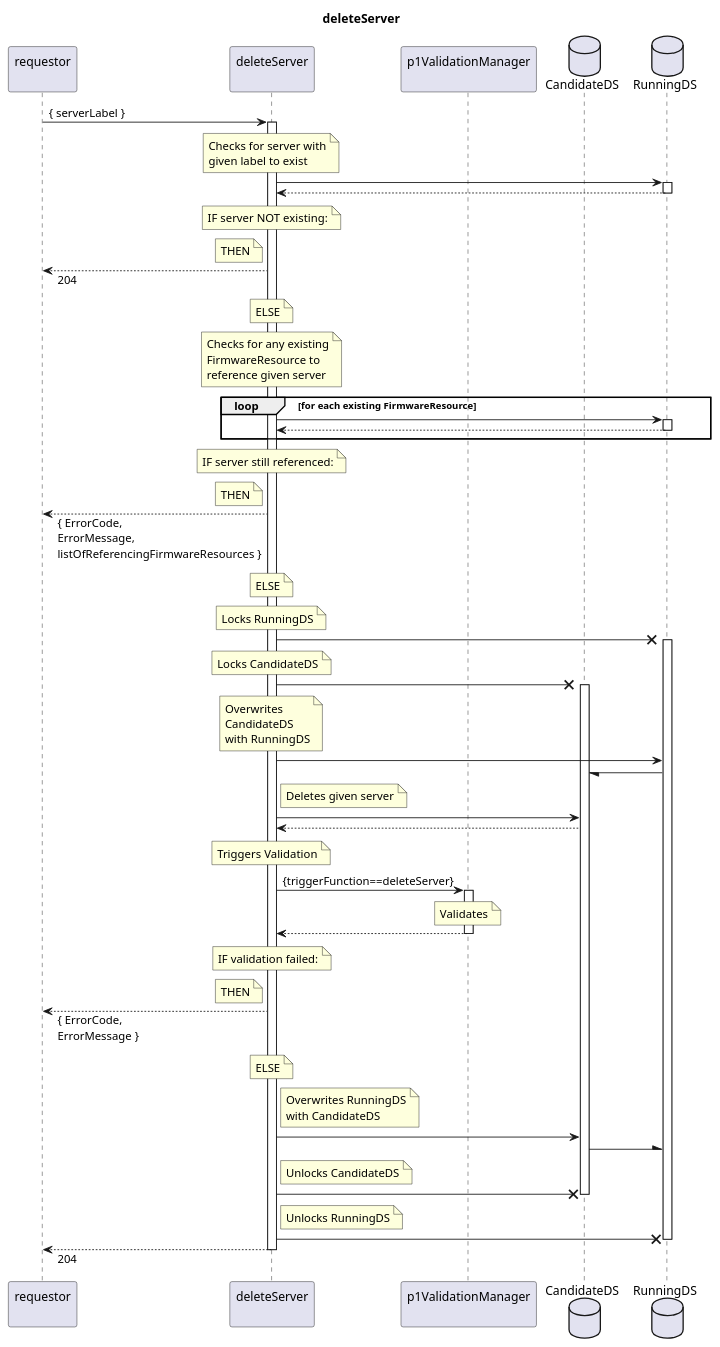
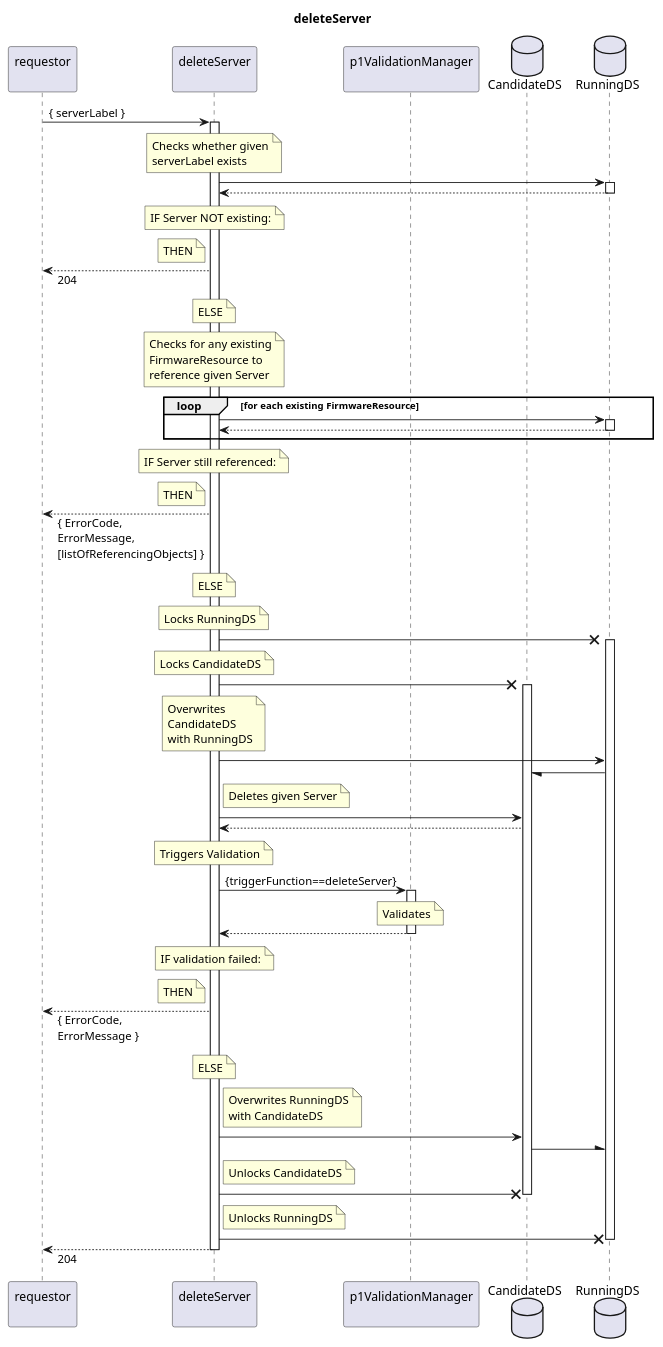
Before and after one commit to openBackhaul/FirmWareManager: the diagram in spec/Services/deleteServer/1.0.0/deleteServer.plantuml, drawn with PlantUML. The commit also changed 19 other files, not shown here.

```diff
--- a/spec/Services/deleteServer/1.0.0/deleteServer.plantuml
+++ b/spec/Services/deleteServer/1.0.0/deleteServer.plantuml
@@ -1,124 +1,124 @@
 @startuml deleteServer
 skinparam responseMessageBelowArrow true
 
 title
   deleteServer
 end title
 
 participant "requestor\n" as requestor
 participant "deleteServer\n" as delServer
 participant "p1ValidationManager\n" as valiMan
 database "CandidateDS" as CanDS
 database "RunningDS" as RunDS
 
 requestor -> delServer: { serverLabel }
 activate delServer
 
   note over delServer
-    Checks for server with
-    given label to exist
+    Checks whether given
+    serverLabel exists
   end note
   delServer -> RunDS
   activate RunDS
   delServer <-- RunDS
   deactivate RunDS
   note over delServer
-    IF server NOT existing:
+    IF Server NOT existing:
   end note
   note left delServer
     THEN
   end note
   requestor <-- delServer: 204
   note over delServer
     ELSE
   end note
 
   note over delServer
     Checks for any existing
     FirmwareResource to
-    reference given server
+    reference given Server
   end note
   loop for each existing FirmwareResource
     delServer -> RunDS
     activate RunDS
     delServer <-- RunDS
     deactivate RunDS
   end loop
   note over delServer
-    IF server still referenced:
+    IF Server still referenced:
   end note
   note left delServer
     THEN
   end note
-  requestor <-- delServer: { ErrorCode,\nErrorMessage,\nlistOfReferencingFirmwareResources }
+  requestor <-- delServer: { ErrorCode,\nErrorMessage,\n[listOfReferencingObjects] }
   note over delServer
     ELSE
   end note
 
   note over delServer
     Locks RunningDS
   end note
   delServer -X RunDS
   activate RunDS
   note over delServer
     Locks CandidateDS
   end note
   delServer -X CanDS
   activate CanDS
   note over delServer
     Overwrites
     CandidateDS
     with RunningDS
   end note
   delServer -> RunDS
   RunDS -/ CanDS
 
   note right delServer
-    Deletes given server
+    Deletes given Server
   end note
   delServer -> CanDS
   delServer <-- CanDS
 
   note over delServer
     Triggers Validation
   end note
   delServer -> valiMan: {triggerFunction==deleteServer}
   activate valiMan
     note over valiMan
       Validates
     end note
   delServer <-- valiMan
   deactivate valiMan
   note over delServer
     IF validation failed:
   end note
   note left delServer
     THEN
   end note
   requestor <-- delServer: { ErrorCode,\nErrorMessage }
   note over delServer
     ELSE
   end note
 
   note right delServer
     Overwrites RunningDS
     with CandidateDS
   end note
   delServer -> CanDS
   CanDS -\ RunDS
   note right delServer
     Unlocks CandidateDS
   end note
   delServer -X CanDS
   deactivate CanDS
   note right delServer
     Unlocks RunningDS
   end note
   delServer -X RunDS
   deactivate RunDS
 
   requestor <-- delServer: 204
 
 deactivate delServer
 
 @enduml
```
